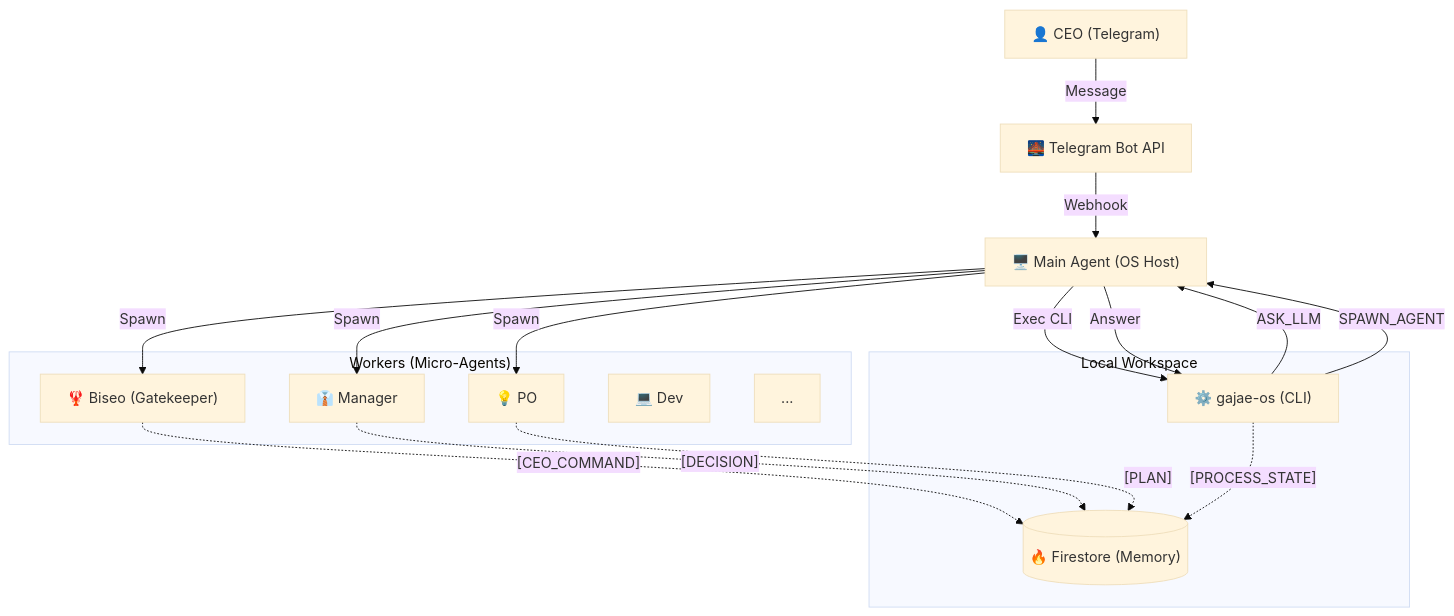
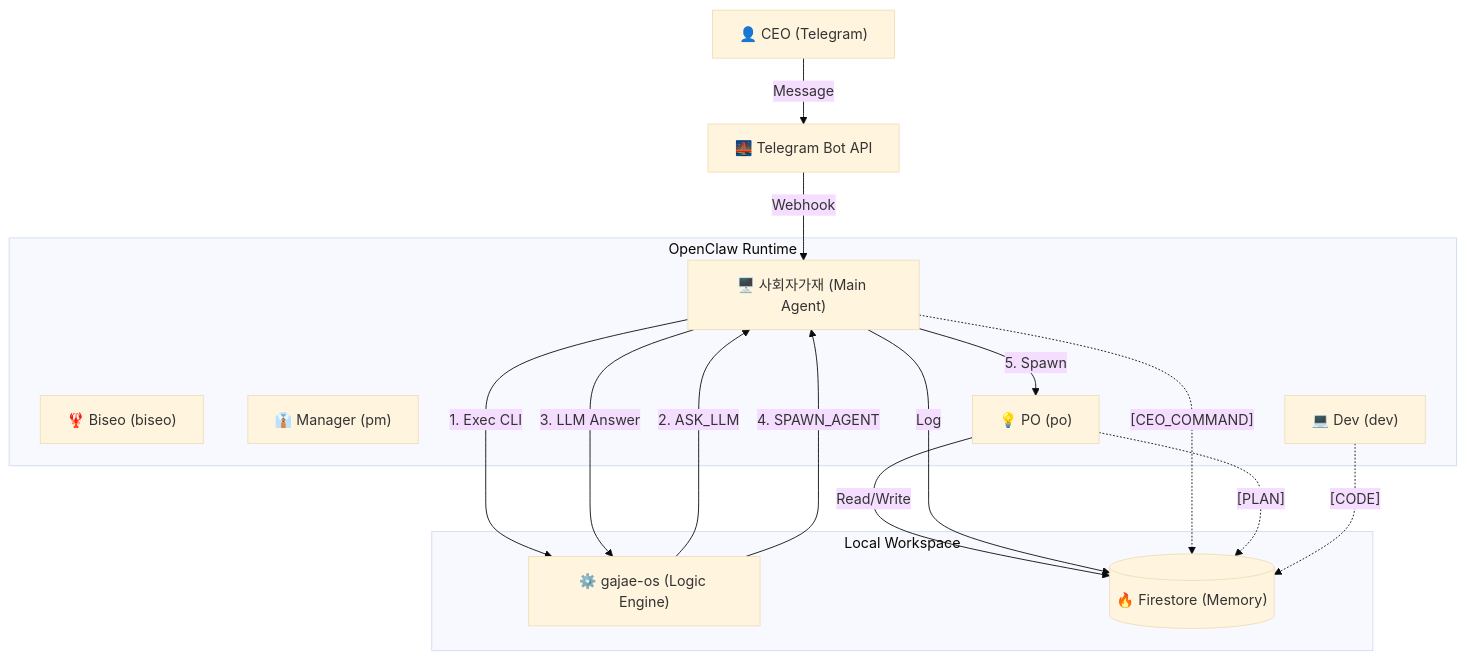
One commit to KyleL22/yuna-openclaw changed the first of 4 diagrams in docs/core/process/SYSTEM_DESIGN_V1_0.md. Above: the diagram before and after it, drawn with Mermaid (base theme). The commit also changed other lines of this file, not shown here.

Commit message:
Docs: Finalize System Design v15.0 (Main Agent Delegation Architecture)

````diff
--- a/docs/core/process/SYSTEM_DESIGN_V1_0.md
+++ b/docs/core/process/SYSTEM_DESIGN_V1_0.md
@@ -13,33 +13,32 @@
 ```mermaid
 graph TD
     User["👤 CEO (Telegram)"] -->|Message| Bridge["🌉 Telegram Bot API"]
-    Bridge -->|Webhook| Main["🖥️ Main Agent (OS Host)"]
+    Bridge -->|Webhook| Main["🖥️ 사회자가재 (Main Agent)"]
     
     subgraph "Local Workspace"
-        OS["⚙️ gajae-os (CLI)"]
+        CLI["⚙️ gajae-os (Logic Engine)"]
         DB[("🔥 Firestore (Memory)")]
     end
     
-    subgraph "Workers (Micro-Agents)"
-        Biseo["🦞 Biseo (Gatekeeper)"]
-        PM["👔 Manager"]
-        PO["💡 PO"]
-        DEV["💻 Dev"]
-        ETC["..."]
+    subgraph "OpenClaw Runtime"
+        Main
+        Biseo["🦞 Biseo (biseo)"]
+        PM["👔 Manager (pm)"]
+        PO["💡 PO (po)"]
+        DEV["💻 Dev (dev)"]
     end
 
-    Main -->|Exec CLI| OS
-    OS -- "ASK_LLM" --> Main
-    Main -- "Answer" --> OS
-    OS -- "SPAWN_AGENT" --> Main
+    Main -- "1. Exec CLI" --> CLI
+    CLI -- "2. ASK_LLM" --> Main
+    Main -- "3. LLM Answer" --> CLI
+    CLI -- "4. SPAWN_AGENT" --> Main
+    Main -- "5. Spawn" --> PO
     
-    Main -- "Spawn" --> Biseo
-    Main -- "Spawn" --> PM
-    Main -- "Spawn" --> PO
+    PO -- "Read/Write" --> DB
+    Main -- "Log" --> DB
     
     %% All agents write to DB
-    Biseo -.->|"[CEO_COMMAND]"| DB
-    PM -.->|"[DECISION]"| DB
+    Main -.->|"[CEO_COMMAND]"| DB
     PO -.->|"[PLAN]"| DB
-    OS -.->|"[PROCESS_STATE]"| DB
+    DEV -.->|"[CODE]"| DB
 ```
````
